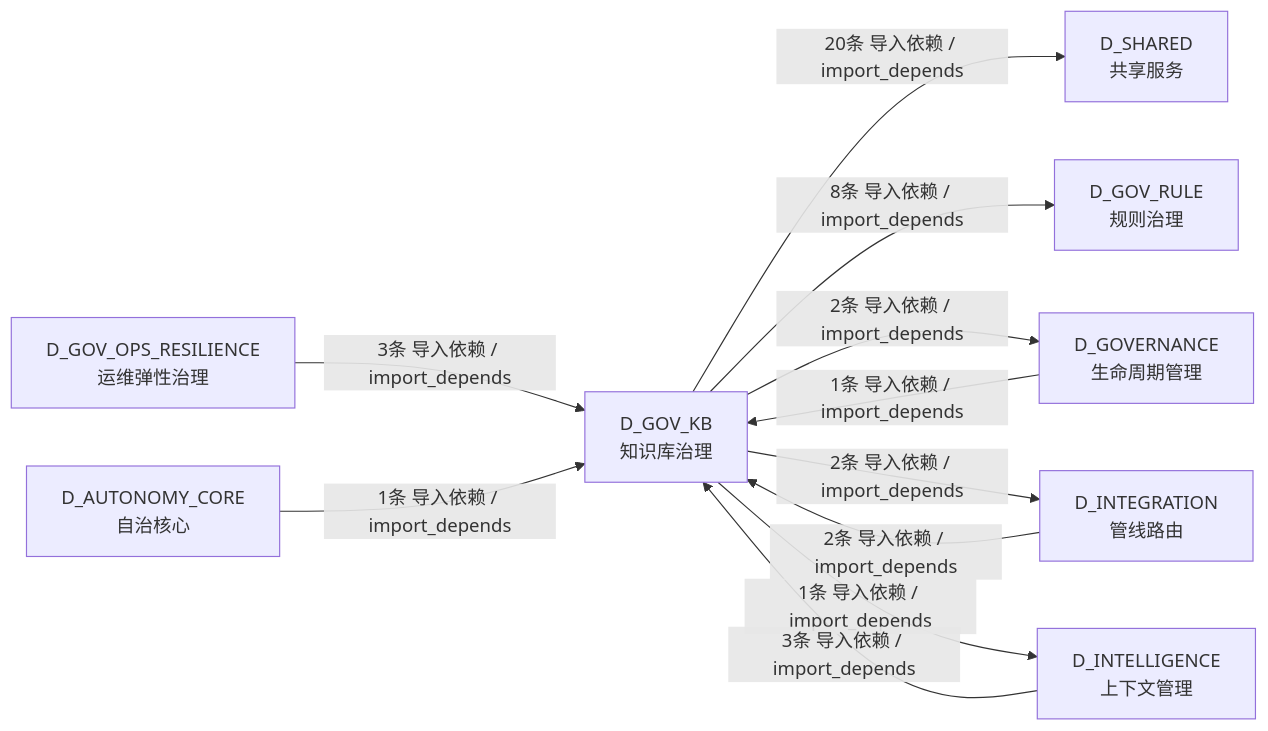
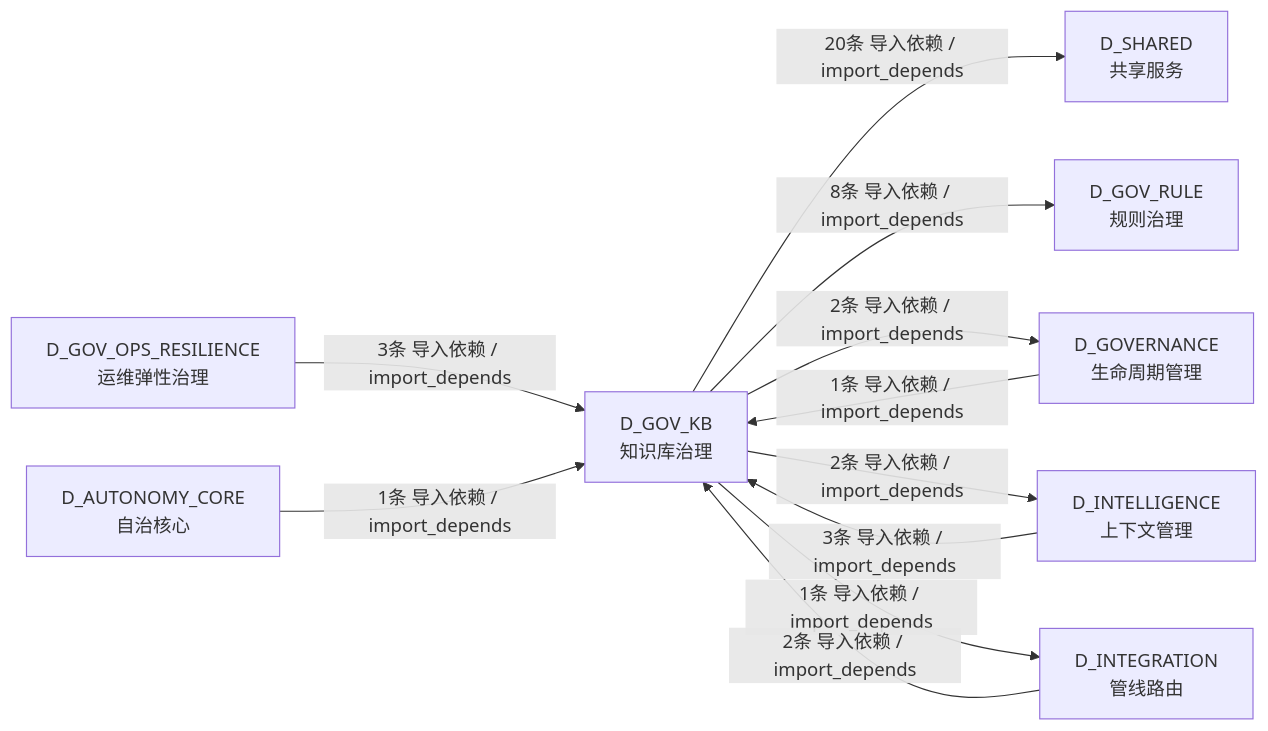
One commit to xuanFelixVan/ZephyrAlpha changed the fifth of 5 diagrams in docs/02_enterprise_architecture/02_domain_architecture_docs/43_d_gov_kb.md. Above: the diagram before and after it, drawn with Mermaid. The commit also changed other lines of this file and 97 other files, not shown here.

````diff
--- a/docs/02_enterprise_architecture/02_domain_architecture_docs/43_d_gov_kb.md
+++ b/docs/02_enterprise_architecture/02_domain_architecture_docs/43_d_gov_kb.md
@@ -378,21 +377,21 @@
 ```mermaid
 graph LR
     D_GOV_KB["D_GOV_KB<br/>知识库治理"]
     D_SHARED["D_SHARED<br/>共享服务"]
     D_GOV_RULE["D_GOV_RULE<br/>规则治理"]
     D_GOVERNANCE["D_GOVERNANCE<br/>生命周期管理"]
+    D_INTELLIGENCE["D_INTELLIGENCE<br/>上下文管理"]
     D_INTEGRATION["D_INTEGRATION<br/>管线路由"]
-    D_INTELLIGENCE["D_INTELLIGENCE<br/>上下文管理"]
     D_GOV_OPS_RESILIENCE["D_GOV_OPS_RESILIENCE<br/>运维弹性治理"]
     D_AUTONOMY_CORE["D_AUTONOMY_CORE<br/>自治核心"]
     D_GOV_KB -->|20条 导入依赖 / import_depends| D_SHARED
     D_GOV_KB -->|8条 导入依赖 / import_depends| D_GOV_RULE
     D_GOV_KB -->|2条 导入依赖 / import_depends| D_GOVERNANCE
-    D_GOV_KB -->|2条 导入依赖 / import_depends| D_INTEGRATION
-    D_GOV_KB -->|1条 导入依赖 / import_depends| D_INTELLIGENCE
+    D_GOV_KB -->|2条 导入依赖 / import_depends| D_INTELLIGENCE
+    D_GOV_KB -->|1条 导入依赖 / import_depends| D_INTEGRATION
     D_GOV_OPS_RESILIENCE -->|3条 导入依赖 / import_depends| D_GOV_KB
     D_INTELLIGENCE -->|3条 导入依赖 / import_depends| D_GOV_KB
     D_INTEGRATION -->|2条 导入依赖 / import_depends| D_GOV_KB
     D_AUTONOMY_CORE -->|1条 导入依赖 / import_depends| D_GOV_KB
     D_GOVERNANCE -->|1条 导入依赖 / import_depends| D_GOV_KB
 ```
````
